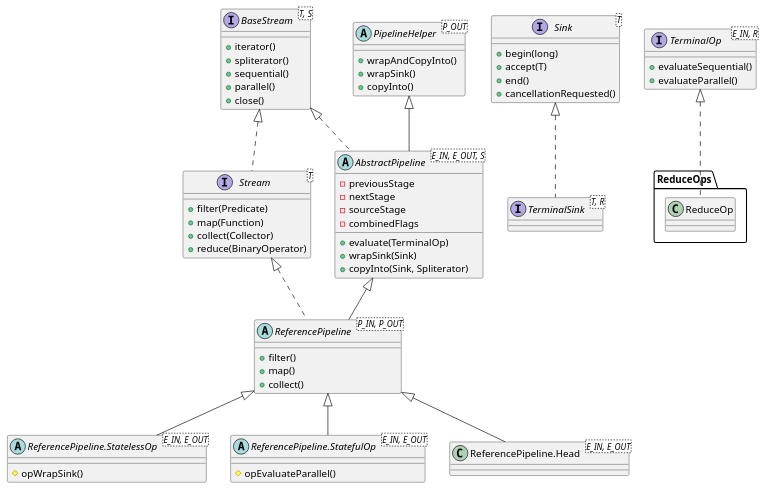
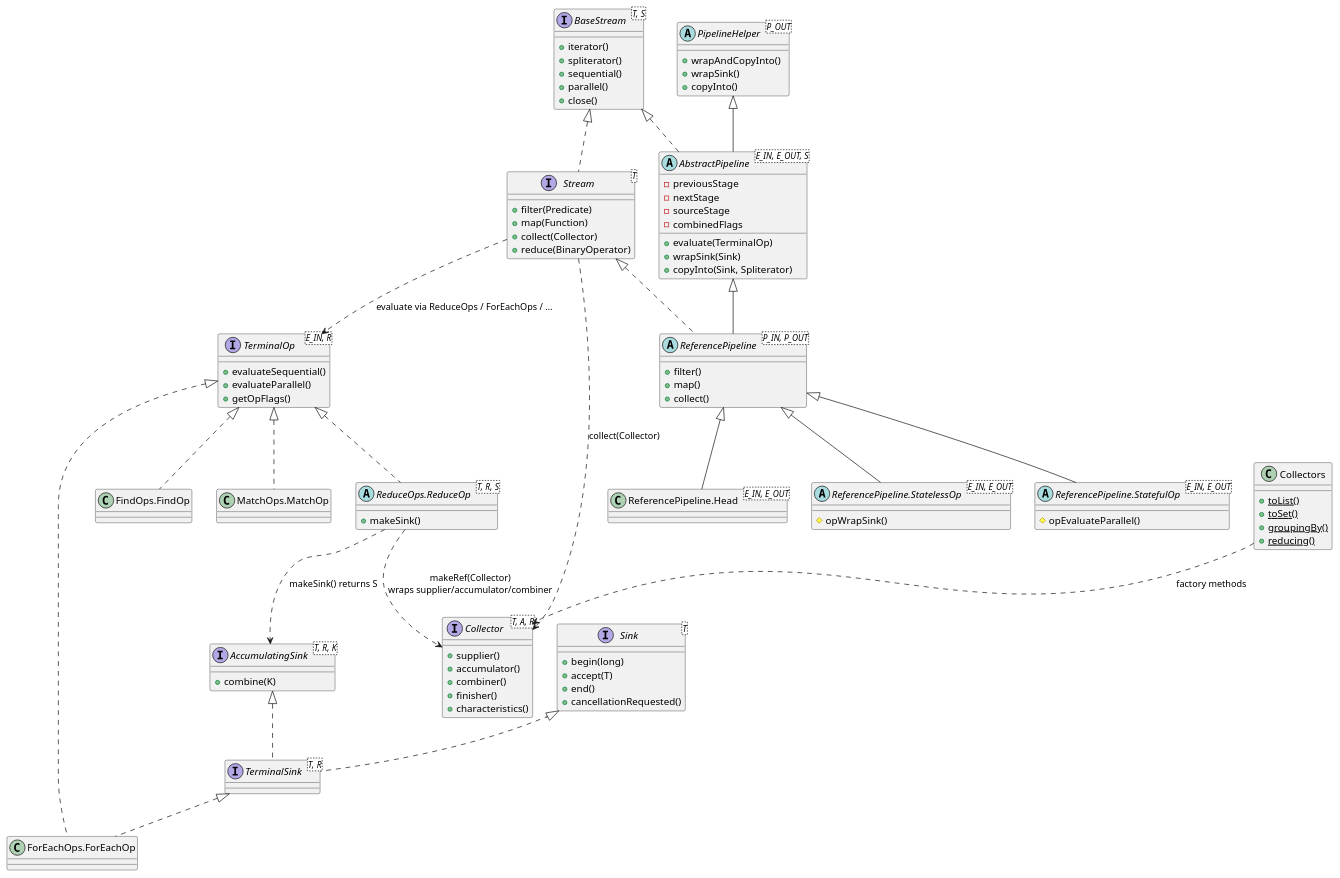
The first of 5 diagrams in content/post/java/stream/index.md (kevinwang930/kevinwang930.github.io), drawn with PlantUML before and after one commit. The commit also changed other lines of this file and 1 other file, not shown here.

````diff
--- a/content/post/java/stream/index.md
+++ b/content/post/java/stream/index.md
@@ -112,9 +112,37 @@
 interface "TerminalOp<E_IN, R>" as TerminalOp {
     + evaluateSequential()
     + evaluateParallel()
+    + getOpFlags()
 }
 
 interface "TerminalSink<T, R>" as TerminalSink
+
+interface "AccumulatingSink<T, R, K>" as AccumulatingSink {
+    + combine(K)
+}
+
+interface "Collector<T, A, R>" as Collector {
+    + supplier()
+    + accumulator()
+    + combiner()
+    + finisher()
+    + characteristics()
+}
+
+class "Collectors" as Collectors {
+    + {static} toList()
+    + {static} toSet()
+    + {static} groupingBy()
+    + {static} reducing()
+}
+
+abstract class "ReduceOps.ReduceOp<T, R, S>" as ReduceOp {
+    + makeSink()
+}
+
+class "ForEachOps.ForEachOp" as ForEachOp
+class "FindOps.FindOp" as FindOp
+class "MatchOps.MatchOp" as MatchOp
 
 BaseStream <|.. Stream
 Stream <|.. ReferencePipeline
@@ -125,6 +153,19 @@
 ReferencePipeline <|-- StatefulOp
 ReferencePipeline <|-- Head
 Sink <|.. TerminalSink
-TerminalOp <|.. "ReduceOps.ReduceOp"
+AccumulatingSink <|.. TerminalSink
+
+TerminalOp <|.. ReduceOp
+TerminalOp <|.. ForEachOp
+TerminalOp <|.. FindOp
+TerminalOp <|.. MatchOp
+
+TerminalSink <|.. ForEachOp
+
+ReduceOp ..> AccumulatingSink : makeSink() returns S
+Collectors ..> Collector : factory methods
+Stream ..> Collector : collect(Collector)
+Stream ..> TerminalOp : evaluate via ReduceOps / ForEachOps / …
+ReduceOp ..> Collector : makeRef(Collector)\nwraps supplier/accumulator/combiner
 @enduml
 ```
````
